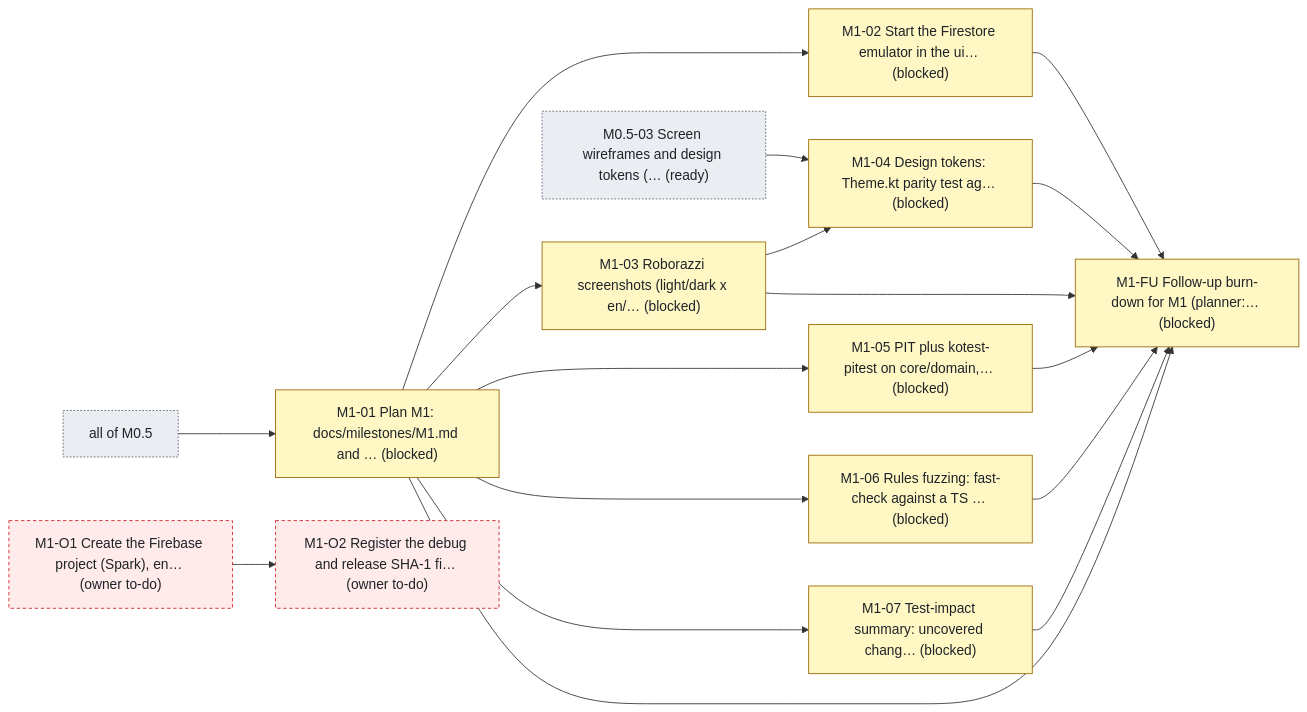
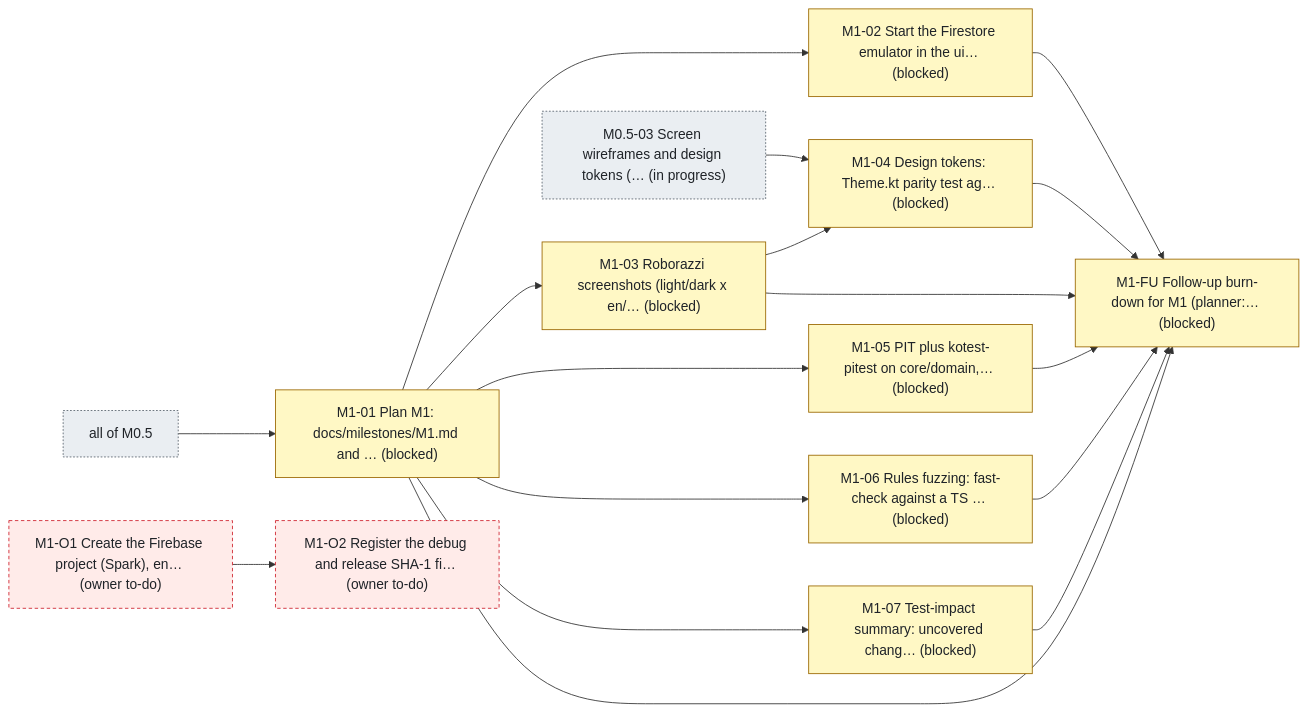
The second of 2 diagrams in status.md (bondo/listicles2), drawn with Mermaid before and after one commit. The commit also changed other lines of this file and 2 other files, not shown here.

````diff
--- a/status.md
+++ b/status.md
@@ -151,36 +151,36 @@
 ```mermaid
 flowchart LR
     n0["M1-01 Plan M1: docs/milestones/M1.md and … (blocked)"]:::blocked
     n1["M1-02 Start the Firestore emulator in the ui… (blocked)"]:::blocked
     n2["M1-03 Roborazzi screenshots (light/dark x en/… (blocked)"]:::blocked
     n3["M1-04 Design tokens: Theme.kt parity test ag… (blocked)"]:::blocked
     n4["M1-05 PIT plus kotest-pitest on core/domain,… (blocked)"]:::blocked
     n5["M1-06 Rules fuzzing: fast-check against a TS … (blocked)"]:::blocked
     n6["M1-07 Test-impact summary: uncovered chang… (blocked)"]:::blocked
     n7["M1-FU Follow-up burn-down for M1 (planner:… (blocked)"]:::blocked
     n8["M1-O1 Create the Firebase project (Spark), en… (owner to-do)"]:::owner
     n9["M1-O2 Register the debug and release SHA-1 fi… (owner to-do)"]:::owner
     n10["all of M0.5"]:::ext
-    n11["M0.5-03 Screen wireframes and design tokens (… (ready)"]:::ext
+    n11["M0.5-03 Screen wireframes and design tokens (… (in progress)"]:::ext
     n10 --> n0
     n0 --> n1
     n0 --> n2
     n11 --> n3
     n2 --> n3
     n0 --> n4
     n0 --> n5
     n0 --> n6
     n0 --> n7
     n1 --> n7
     n2 --> n7
     n3 --> n7
     n4 --> n7
     n5 --> n7
     n6 --> n7
     n8 --> n9
     classDef ready fill:#dafbe1,stroke:#1a7f37,color:#1f2328
     classDef progress fill:#ddf4ff,stroke:#0969da,color:#1f2328
     classDef blocked fill:#fff8c5,stroke:#9a6700,color:#1f2328
     classDef owner fill:#ffebe9,stroke:#cf222e,color:#1f2328,stroke-dasharray:4 3
     classDef ext fill:#eaeef2,stroke:#59636e,color:#1f2328,stroke-dasharray:2 2
 ```
````
